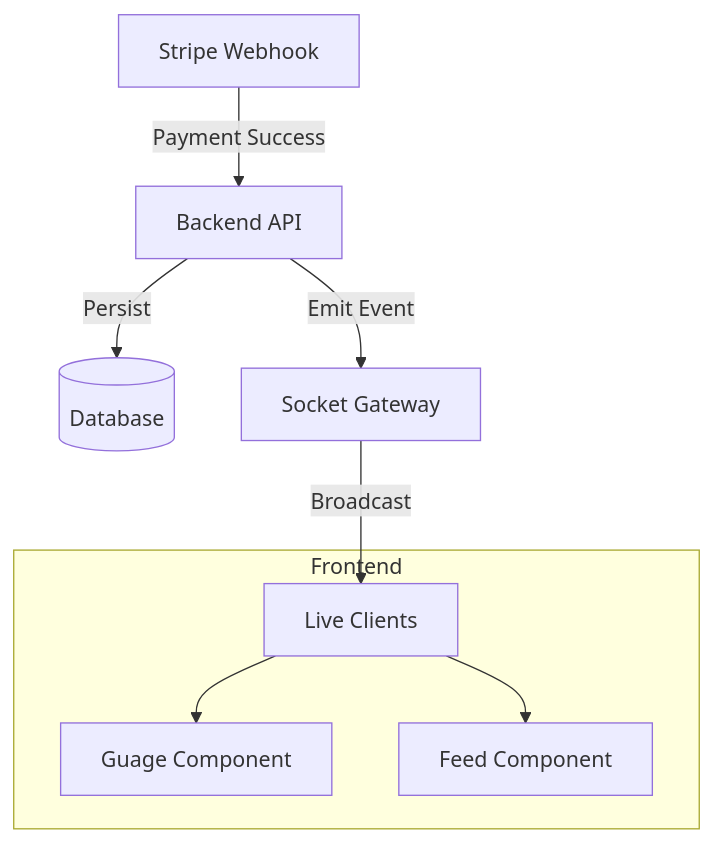
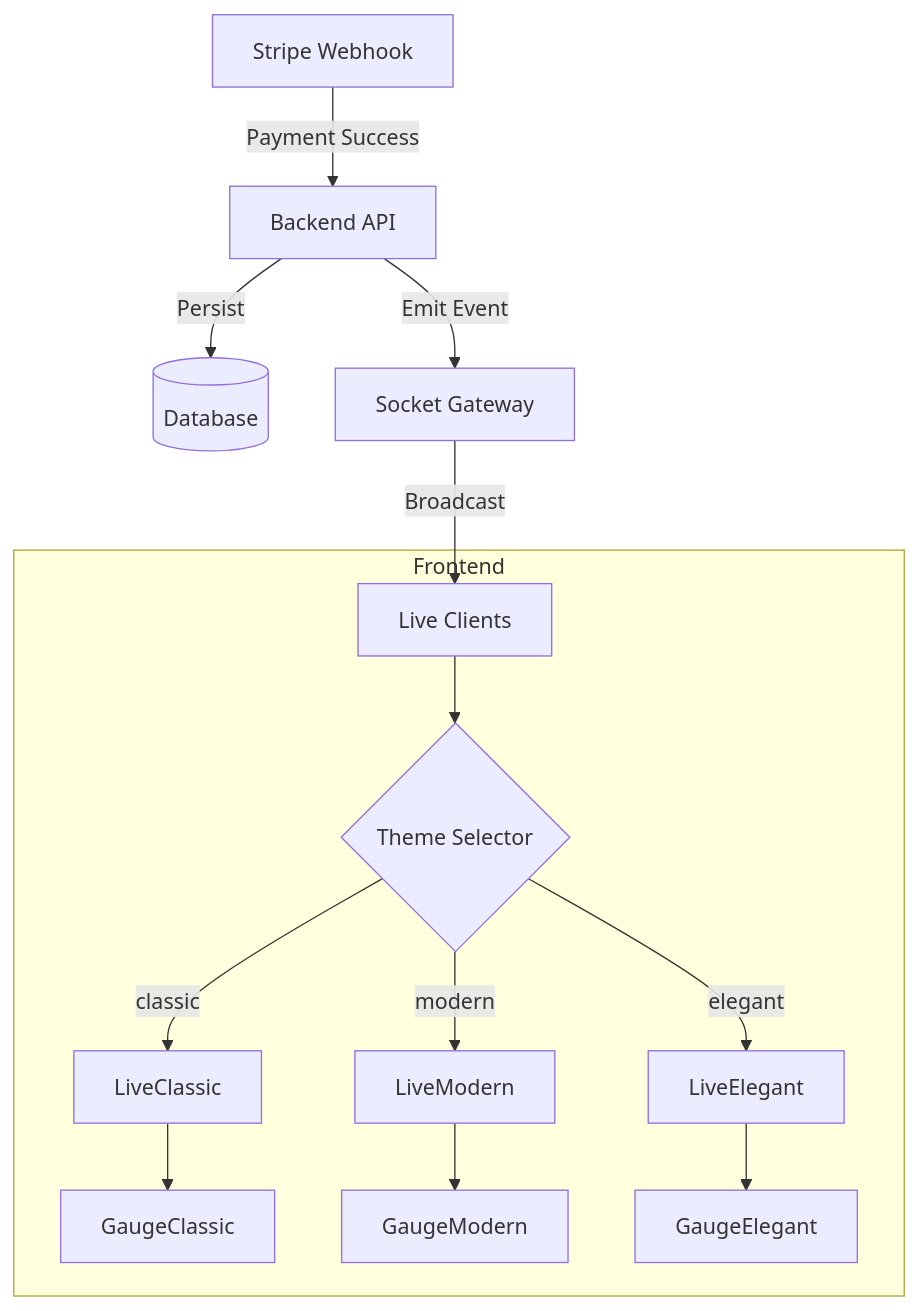
Before and after one commit to Mouness/fundraising-event: the diagram in docs/features/live-event.md, drawn with Mermaid. The commit also changed other lines of this file and 214 other files, not shown here.

````diff
--- a/docs/features/live-event.md
+++ b/docs/features/live-event.md
@@ -61,12 +235,17 @@
 ```mermaid
 graph TD
     Stripe[Stripe Webhook] -->|Payment Success| API[Backend API]
     API -->|Persist| DB[(Database)]
     API -->|Emit Event| Gateway[Socket Gateway]
     Gateway -->|Broadcast| Clients[Live Clients]
     
     subgraph Frontend
-        Clients --> Gauge[Guage Component]
-        Clients --> Feed[Feed Component]
+        Clients --> ThemeSelector{Theme Selector}
+        ThemeSelector -->|classic| Classic[LiveClassic]
+        ThemeSelector -->|modern| Modern[LiveModern]
+        ThemeSelector -->|elegant| Elegant[LiveElegant]
+        Classic --> GaugeC[GaugeClassic]
+        Modern --> GaugeM[GaugeModern]
+        Elegant --> GaugeE[GaugeElegant]
     end
 ```
````
